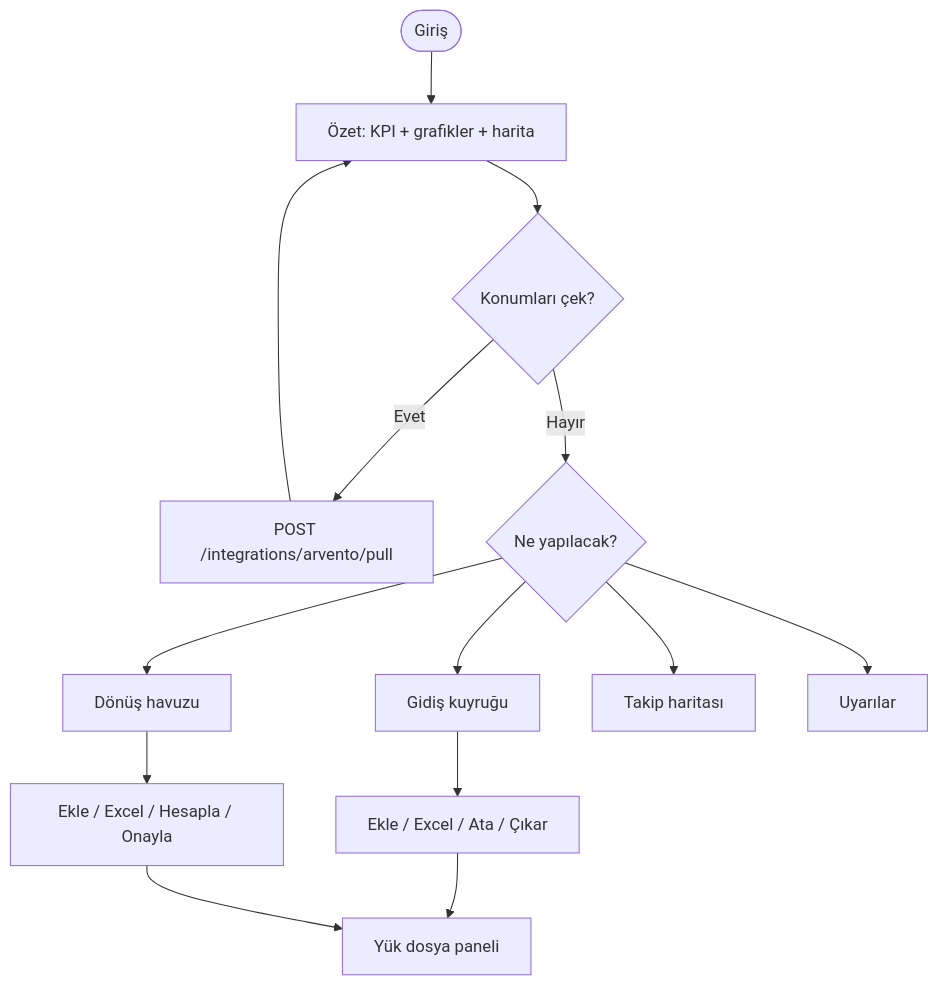
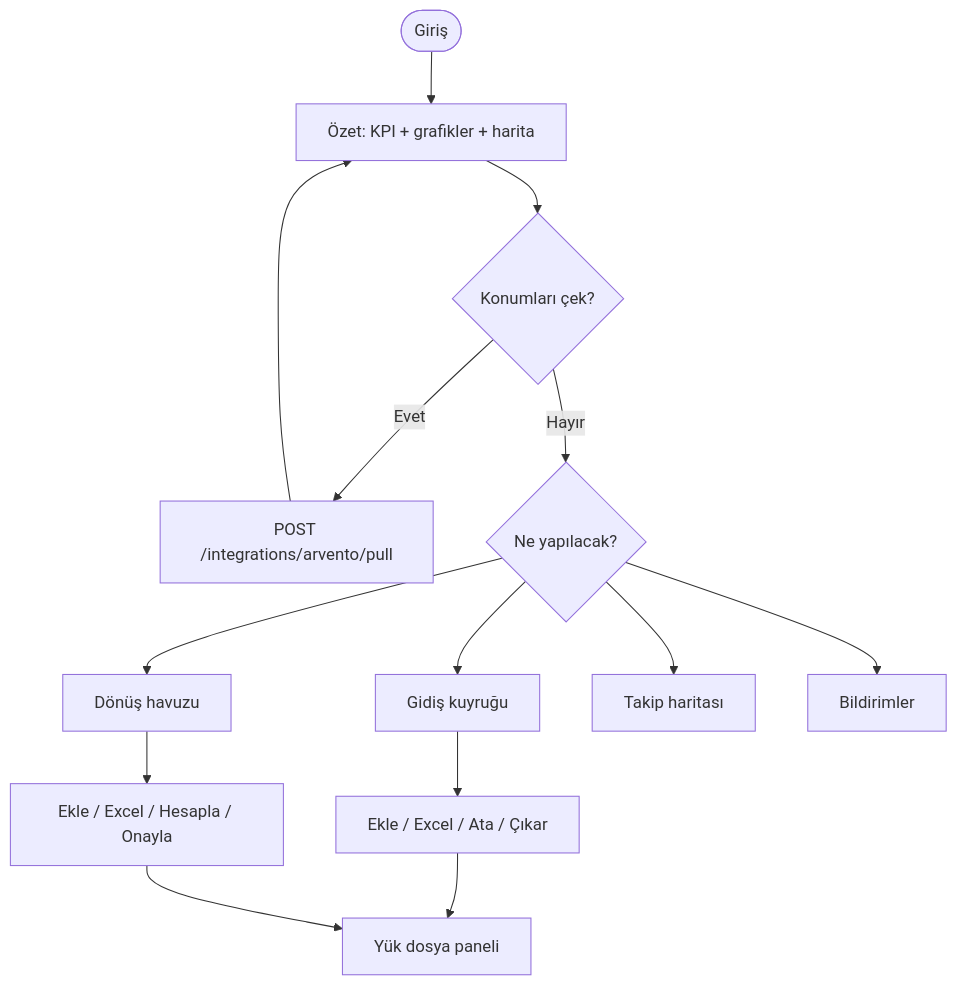
One commit to muslumcanozata/backhaul changed the third of 15 diagrams in docs/workflow.md. Above: the diagram before and after it, drawn with Mermaid. The commit also changed other lines of this file and 13 other files, not shown here.

````diff
--- a/docs/workflow.md
+++ b/docs/workflow.md
@@ -104,16 +103,16 @@
 ```mermaid
 flowchart TD
   Start([Giriş]) --> Ozet[Özet: KPI + grafikler + harita]
   Ozet --> Pull{Konumları çek?}
   Pull -->|Evet| Arvento[POST /integrations/arvento/pull]
   Arvento --> Ozet
   Pull -->|Hayır| Branch{Ne yapılacak?}
   Branch --> Gidis[Gidiş kuyruğu]
   Branch --> Donus[Dönüş havuzu]
   Branch --> Takip[Takip haritası]
-  Branch --> Uyari[Uyarılar]
+  Branch --> Uyari[Bildirimler]
   Gidis --> GidisIs[Ekle / Excel / Ata / Çıkar]
   Donus --> DonusIs[Ekle / Excel / Hesapla / Onayla]
   GidisIs --> Dosya[Yük dosya paneli]
   DonusIs --> Dosya
 ```
````
